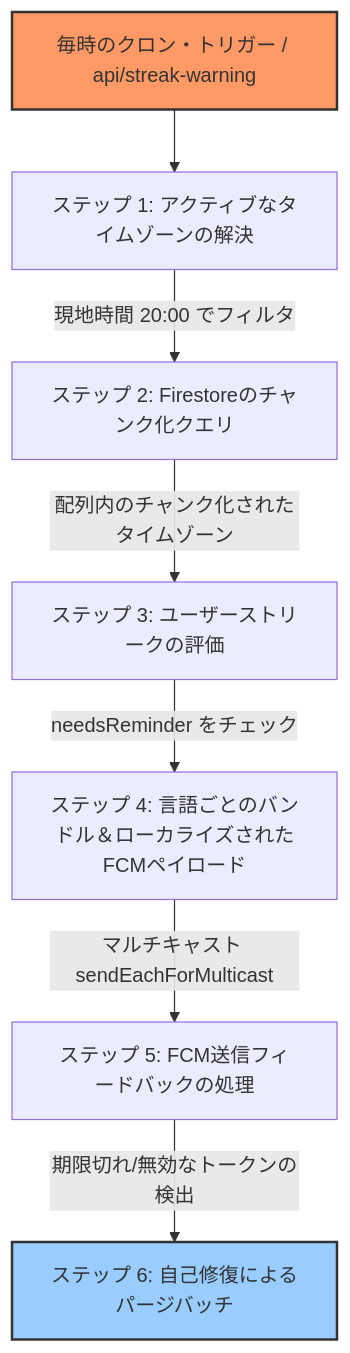
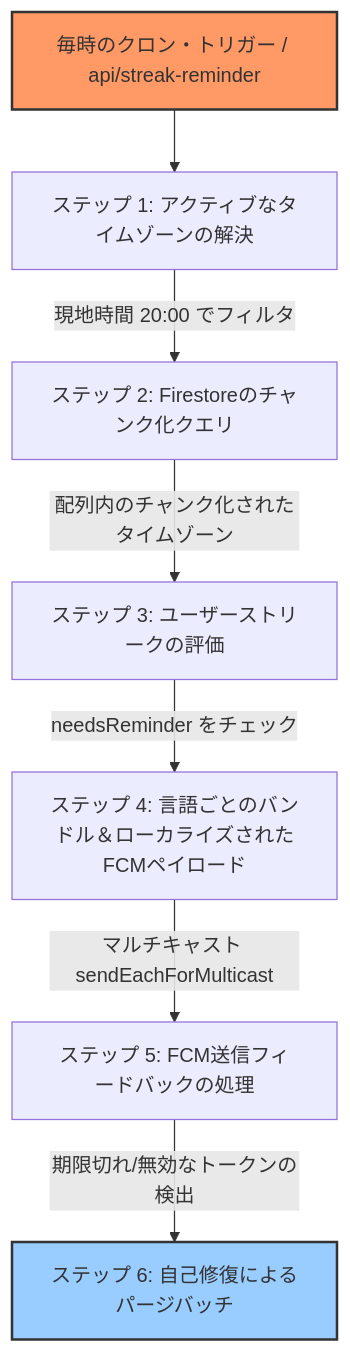
Before and after one commit to ScriptureHabit/scripture-habit: the diagram in docs/ja/timezone-streak-reminders.md, drawn with Mermaid. The commit also changed other lines of this file and 10 other files, not shown here.

````diff
--- a/docs/ja/timezone-streak-reminders.md
+++ b/docs/ja/timezone-streak-reminders.md
@@ -16,12 +16,12 @@
 ```mermaid
 flowchart TD
-    A[毎時のクロン・トリガー / api/streak-warning] --> B[ステップ 1: アクティブなタイムゾーンの解決]
+    A[毎時のクロン・トリガー / api/streak-reminder] --> B[ステップ 1: アクティブなタイムゾーンの解決]
     B -->|現地時間 20:00 でフィルタ| C[ステップ 2: Firestoreのチャンク化クエリ]
     C -->|配列内のチャンク化されたタイムゾーン| D[ステップ 3: ユーザーストリークの評価]
     D -->|needsReminder をチェック| E[ステップ 4: 言語ごとのバンドル＆ローカライズされたFCMペイロード]
     E -->|マルチキャスト sendEachForMulticast| F[ステップ 5: FCM送信フィードバックの処理]
     F -->|期限切れ/無効なトークンの検出| G[ステップ 6: 自己修復によるパージバッチ]
 
     style A fill:#f96,stroke:#333,stroke-width:2px
     style G fill:#9cf,stroke:#333,stroke-width:2px
 ```
````
